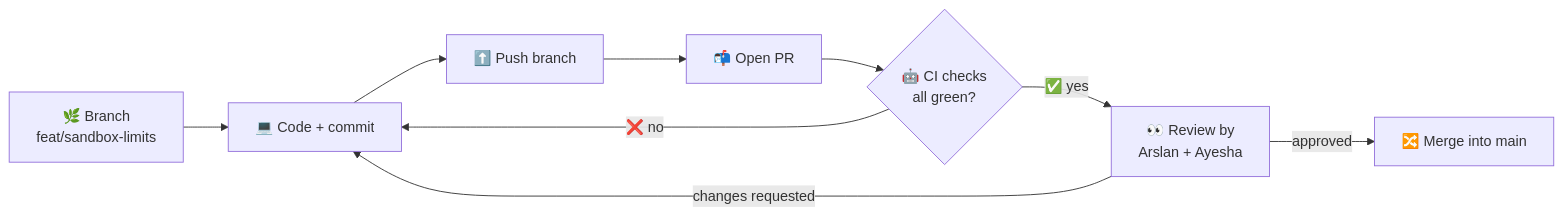
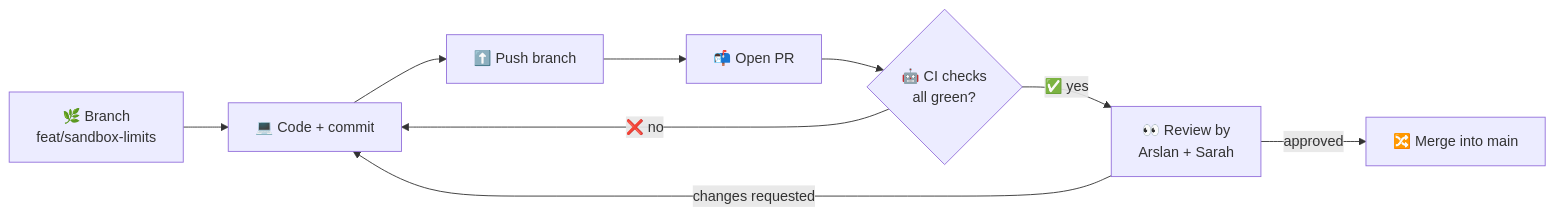
The second of 2 diagrams in README.md (arslan-ahm/AgentGuard-The-Redteam-Agent-lablab.ai-project-), drawn with Mermaid before and after one commit. The commit also changed other lines of this file and 19 other files, not shown here.

Commit message:
docs(team): swap Sarah and Ayesha assignments (CR-1)

````diff
--- a/README.md
+++ b/README.md
@@ -234,11 +234,11 @@
 ```mermaid
 flowchart LR
     A["🌿 Branch<br/>feat/sandbox-limits"] --> B["💻 Code + commit"]
     B --> C["⬆️ Push branch"]
     C --> D["📬 Open PR"]
     D --> E{"🤖 CI checks<br/>all green?"}
     E -- "❌ no" --> B
-    E -- "✅ yes" --> F["👀 Review by<br/>Arslan + Ayesha"]
+    E -- "✅ yes" --> F["👀 Review by<br/>Arslan + Sarah"]
     F -- "changes requested" --> B
     F -- "approved" --> G["🔀 Merge into main"]
 ```
````
